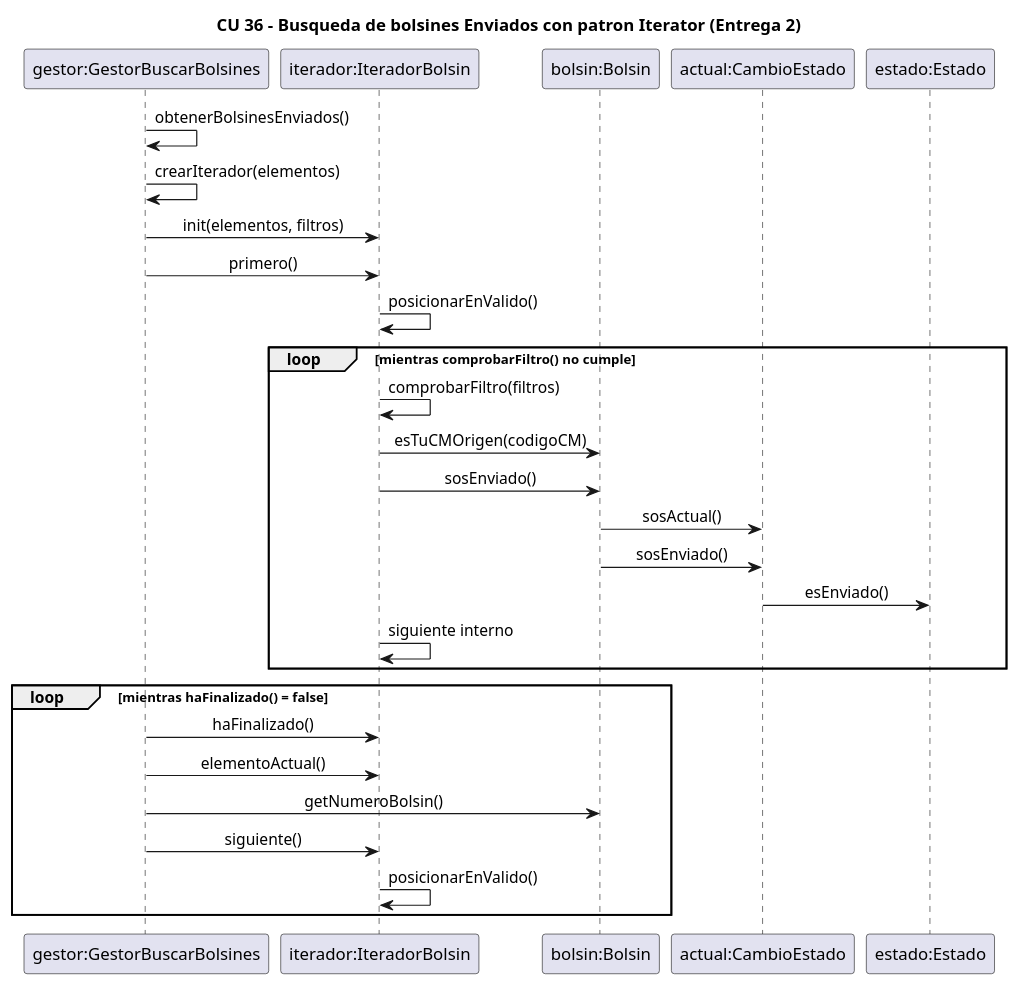
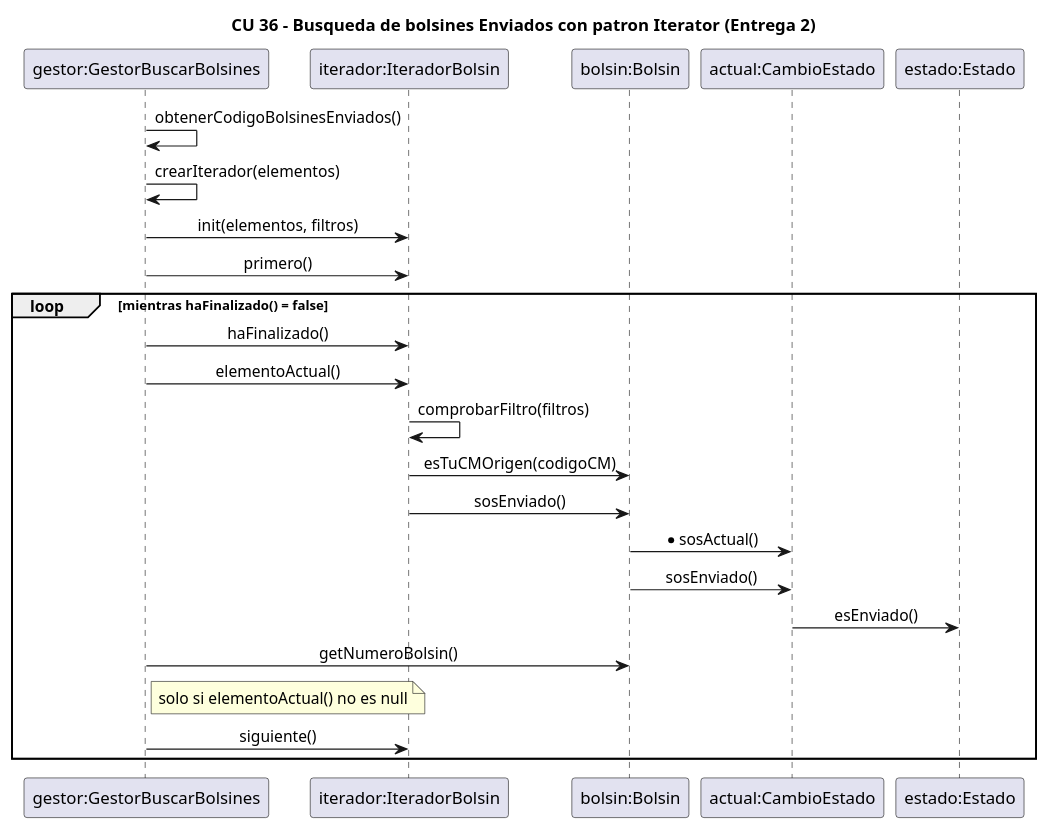
The diagram in docs/05-vista-dinamica.md (JoaquinMorais/DSI-TPI-Bolsines), drawn with PlantUML before and after one commit. The commit also changed other lines of this file and 24 other files, not shown here.

````diff
--- a/docs/05-vista-dinamica.md
+++ b/docs/05-vista-dinamica.md
@@ -11,35 +11,36 @@
 ```plantuml
 @startuml secuencia-cu36-iterator
 title CU 36 - Busqueda de bolsines Enviados con patron Iterator (Entrega 2)
 skinparam sequenceMessageAlign center
+
+' Igual que el diagrama de secuencia de la Entrega 2: elementoActual() llama a
+' comprobarFiltro(); devuelve el bolsin si cumple el filtro o null si no.
+' primero() y siguiente() solo mueven la posicion.
+' Decision: "new" del diagrama se implementa como init (constructor).
 
 participant "gestor:GestorBuscarBolsines" as G
 participant "iterador:IteradorBolsin" as IT
 participant "bolsin:Bolsin" as B
 participant "actual:CambioEstado" as CE
 participant "estado:Estado" as ES
 
-G -> G : obtenerBolsinesEnviados()
+G -> G : obtenerCodigoBolsinesEnviados()
 G -> G : crearIterador(elementos)
 G -> IT : init(elementos, filtros)
 G -> IT : primero()
-IT -> IT : posicionarEnValido()
-loop mientras comprobarFiltro() no cumple
-  IT -> IT : comprobarFiltro(filtros)
-  IT -> B : esTuCMOrigen(codigoCM)
-  IT -> B : sosEnviado()
-  B -> CE : sosActual()
-  B -> CE : sosEnviado()
-  CE -> ES : esEnviado()
-  IT -> IT : siguiente interno
-end
 
 loop mientras haFinalizado() = false
   G -> IT : haFinalizado()
   G -> IT : elementoActual()
+  IT -> IT : comprobarFiltro(filtros)
+  IT -> B : esTuCMOrigen(codigoCM)
+  IT -> B : sosEnviado()
+  B -> CE : *sosActual()
+  B -> CE : sosEnviado()
+  CE -> ES : esEnviado()
   G -> B : getNumeroBolsin()
+  note right of G : solo si elementoActual() no es null
   G -> IT : siguiente()
-  IT -> IT : posicionarEnValido()
 end
 @enduml
 ```
````
